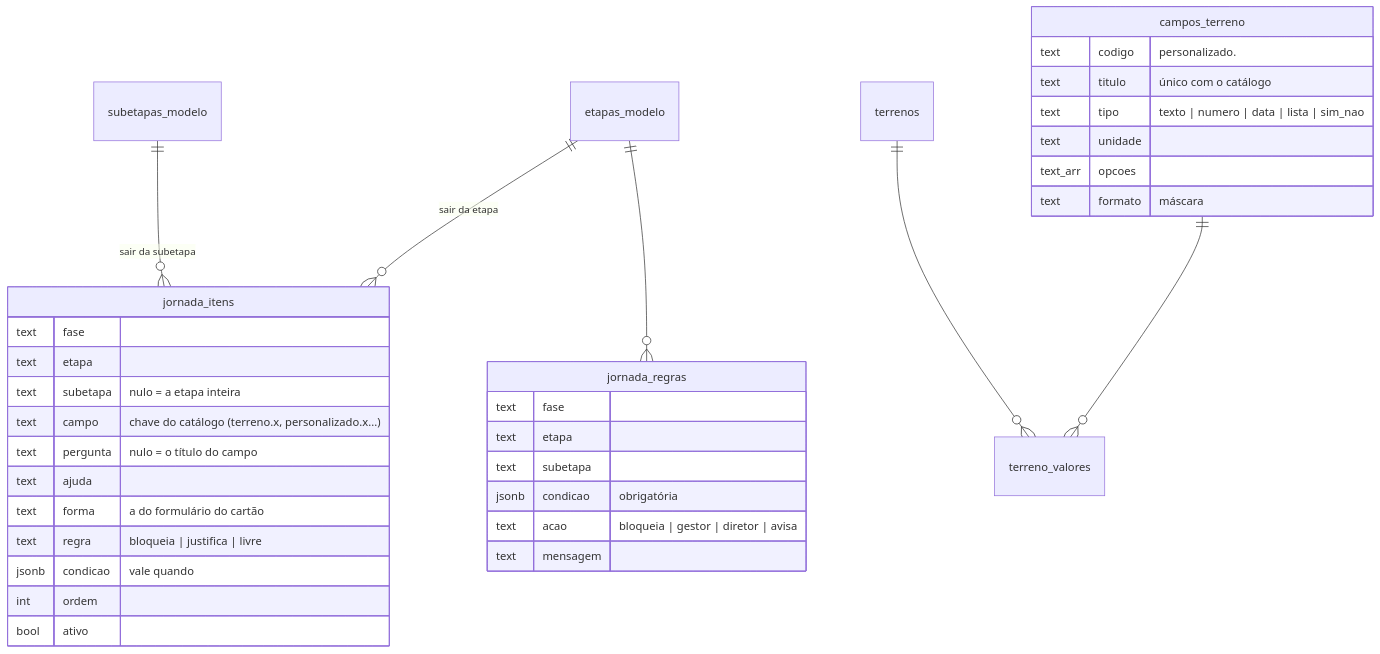
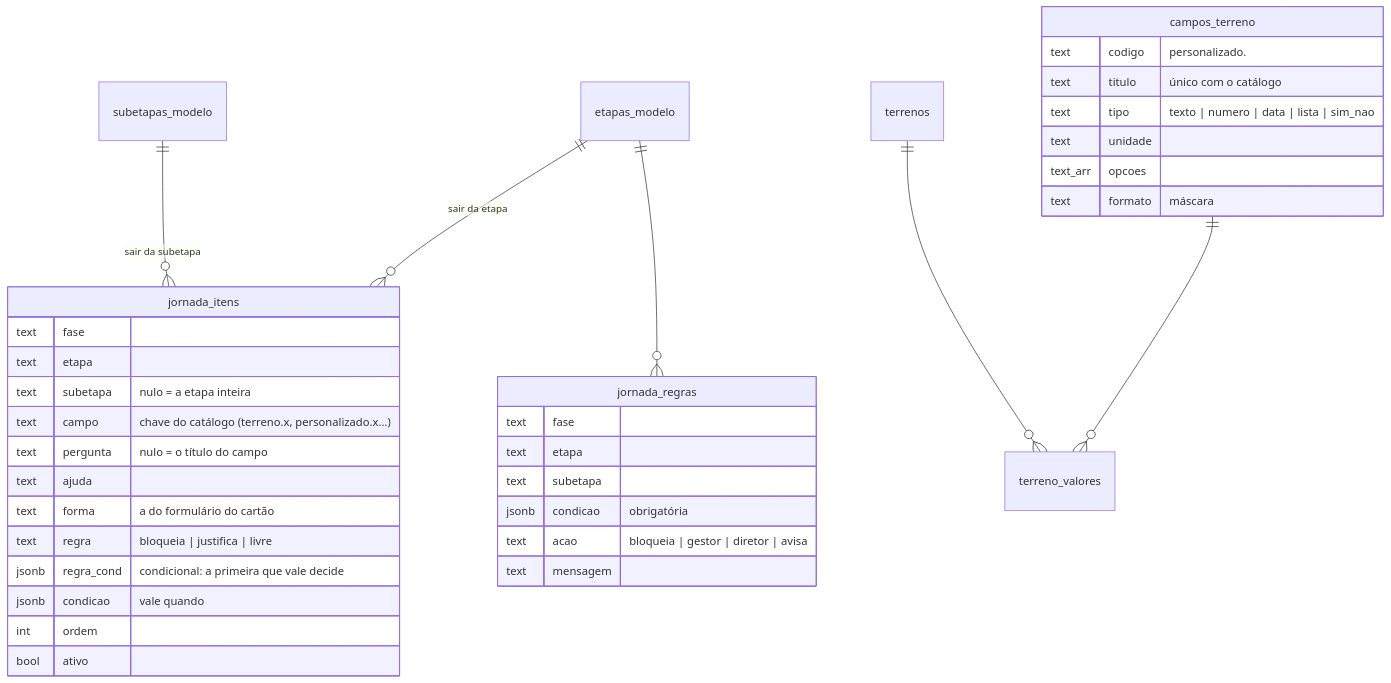
One commit to Mbekerman/bkm_terrenos-claude changed diagram 15 of 19 in docs/modelo.md. Above: the diagram before and after it, drawn with Mermaid. The commit also changed other lines of this file and 14 other files, not shown here.

First line of the commit message:
Regra em branco com as 3 opções em todo item e comportamento condicional

````diff
--- a/docs/modelo.md
+++ b/docs/modelo.md
@@ -1058,37 +1058,38 @@
 ```mermaid
 erDiagram
   etapas_modelo ||--o{ jornada_itens : "sair da etapa"
   subetapas_modelo ||--o{ jornada_itens : "sair da subetapa"
   etapas_modelo ||--o{ jornada_regras : ""
   campos_terreno ||--o{ terreno_valores : ""
   terrenos ||--o{ terreno_valores : ""
   jornada_itens {
     text fase
     text etapa
     text subetapa "nulo = a etapa inteira"
     text campo "chave do catálogo (terreno.x, personalizado.x...)"
     text pergunta "nulo = o título do campo"
     text ajuda
     text forma "a do formulário do cartão"
     text regra "bloqueia | justifica | livre"
+    jsonb regra_cond "condicional: a primeira que vale decide"
     jsonb condicao "vale quando"
     int ordem
     bool ativo
   }
   jornada_regras {
     text fase
     text etapa
     text subetapa
     jsonb condicao "obrigatória"
     text acao "bloqueia | gestor | diretor | avisa"
     text mensagem
   }
   campos_terreno {
     text codigo "personalizado.<codigo>"
     text titulo "único com o catálogo"
     text tipo "texto | numero | data | lista | sim_nao"
     text unidade
     text_arr opcoes
     text formato "máscara"
   }
 ```
````
